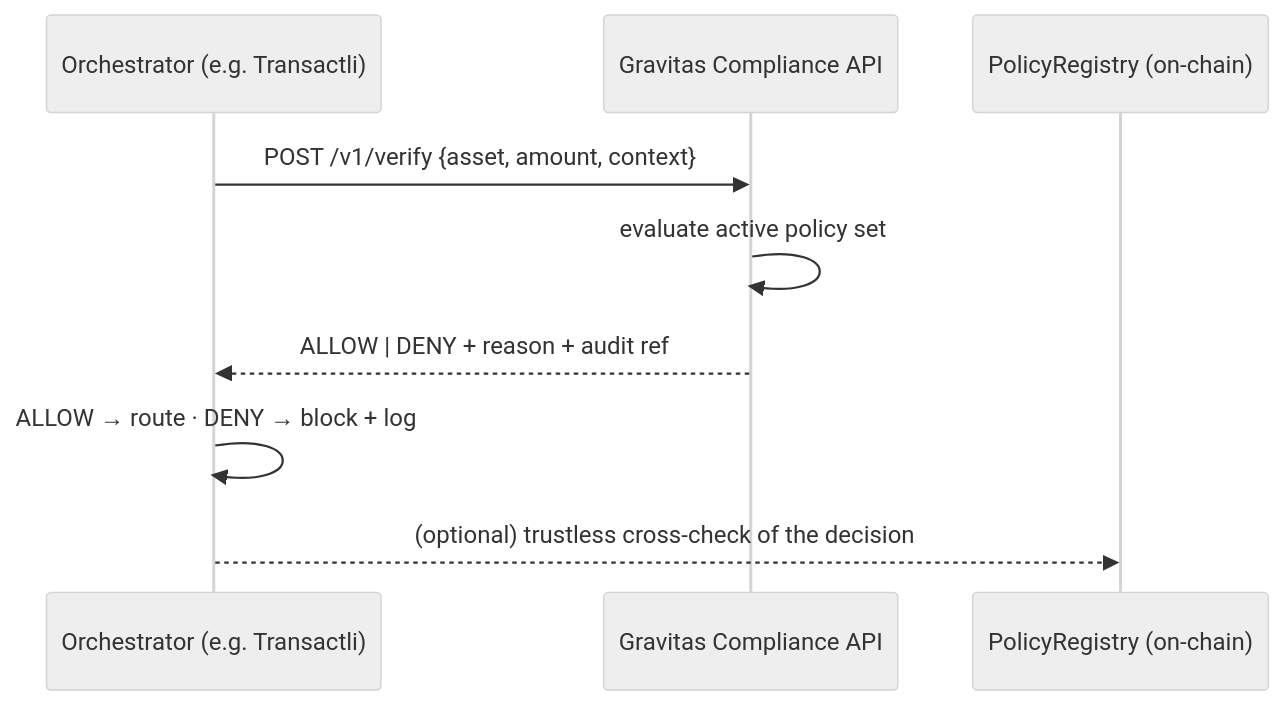
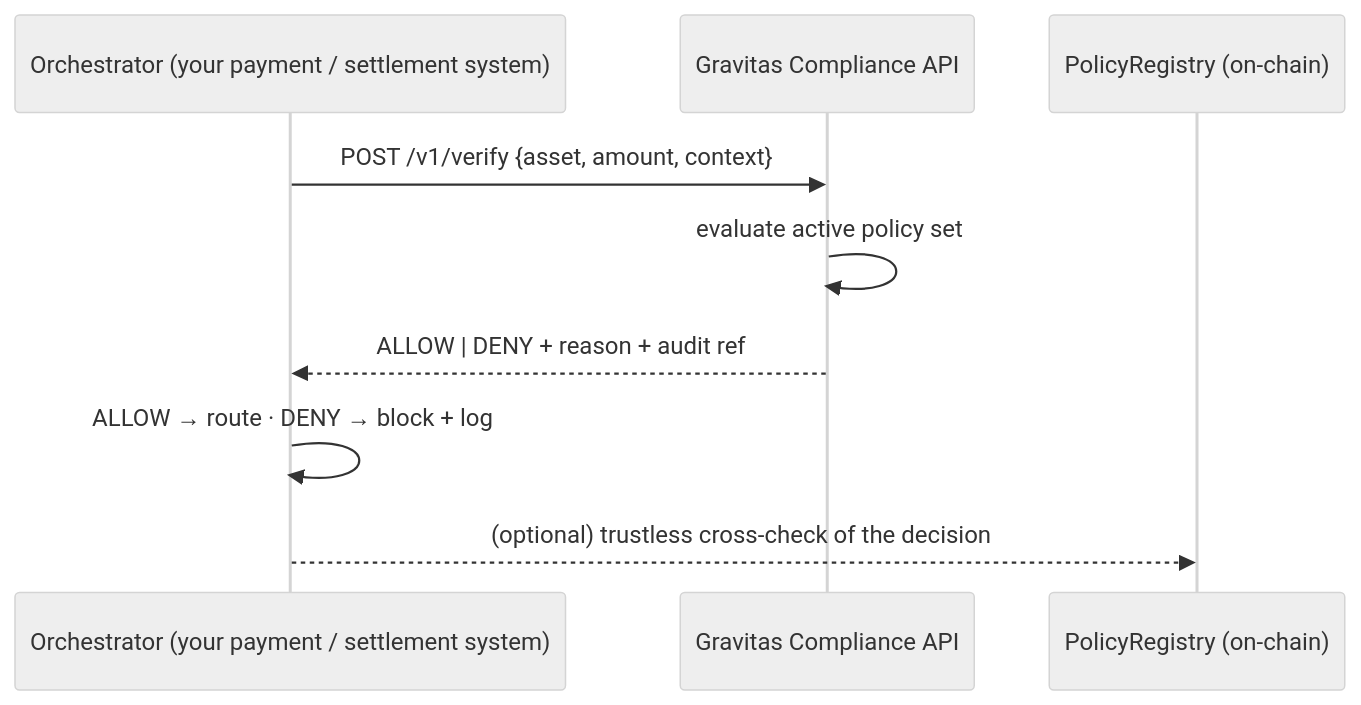
One commit to AbZe628/gravitas-protocol changed the diagram in integration-kit/README.md. Above: the diagram before and after it, drawn with Mermaid (neutral theme). The commit also changed other lines of this file and 37 other files, not shown here.

````diff
--- a/integration-kit/README.md
+++ b/integration-kit/README.md
@@ -14,11 +14,11 @@
 ```mermaid
 sequenceDiagram
-    participant O as Orchestrator (e.g. Transactli)
+    participant O as Orchestrator (your payment / settlement system)
     participant G as Gravitas Compliance API
     participant R as PolicyRegistry (on-chain)
     O->>G: POST /v1/verify {asset, amount, context}
     G->>G: evaluate active policy set
     G-->>O: ALLOW | DENY + reason + audit ref
     O->>O: ALLOW → route · DENY → block + log
     O-->>R: (optional) trustless cross-check of the decision
 ```
````
